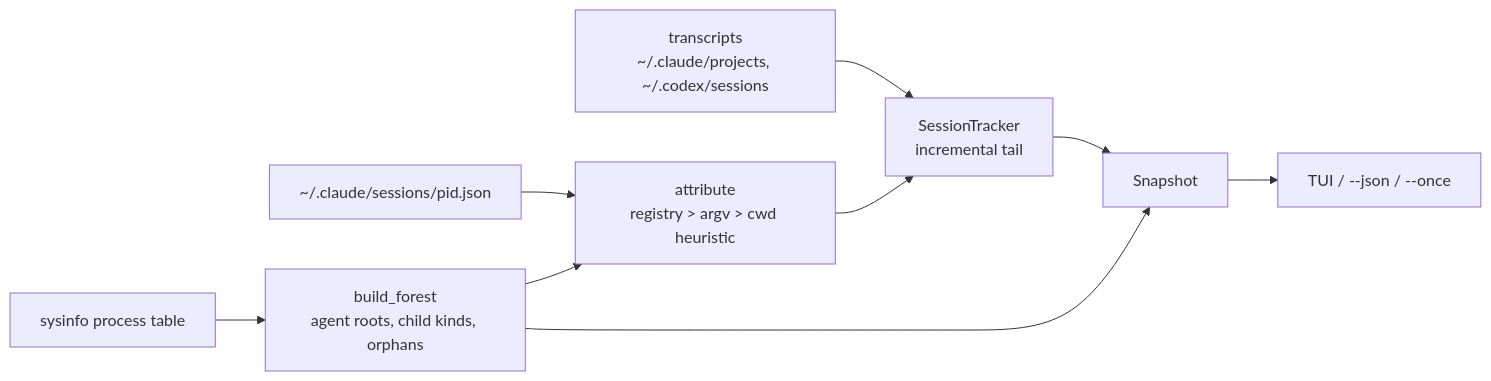
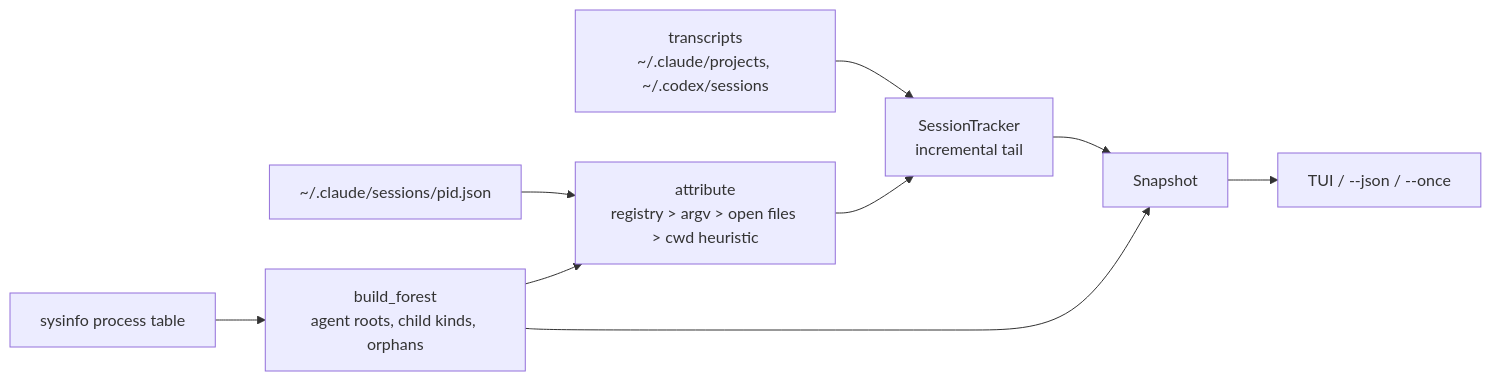
Before and after one commit to kannandreams/agent-top: the diagram in docs/architecture.md, drawn with Mermaid. The commit also changed 15 other files, not shown here.

First line of the commit message:
fix(codex): attribute threads by open rollout files, walk the sessions tree in full

````diff
--- a/docs/architecture.md
+++ b/docs/architecture.md
@@ -24,11 +24,11 @@
 ```mermaid
 flowchart LR
   P[sysinfo process table] --> F[build_forest\nagent roots, child kinds, orphans]
-  R[~/.claude/sessions/pid.json] --> A[attribute\nregistry > argv > cwd heuristic]
+  R[~/.claude/sessions/pid.json] --> A[attribute\nregistry > argv > open files > cwd heuristic]
   F --> A
   T[transcripts\n~/.claude/projects, ~/.codex/sessions] --> K[SessionTracker\nincremental tail]
   A --> K
   K --> S[Snapshot]
   F --> S
   S --> U[TUI / --json / --once]
 ```
````
